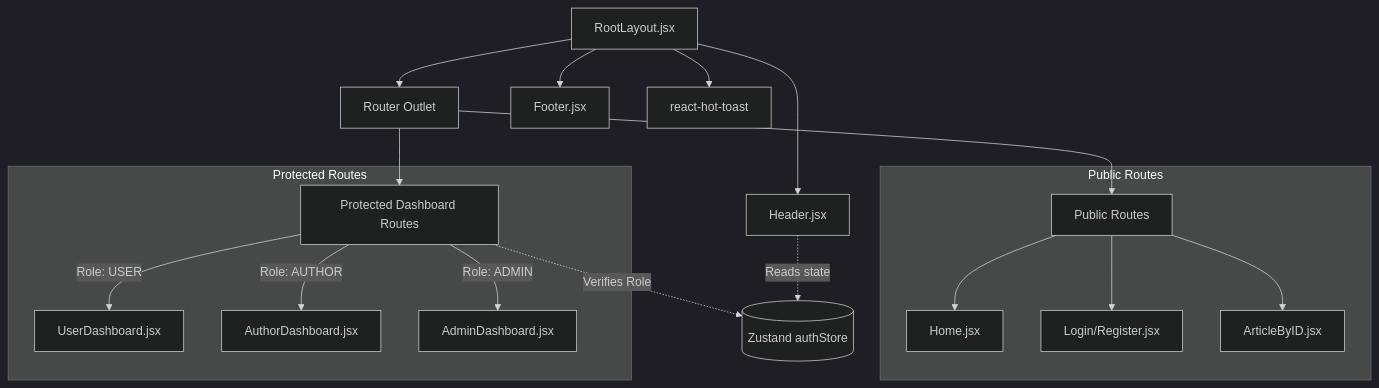
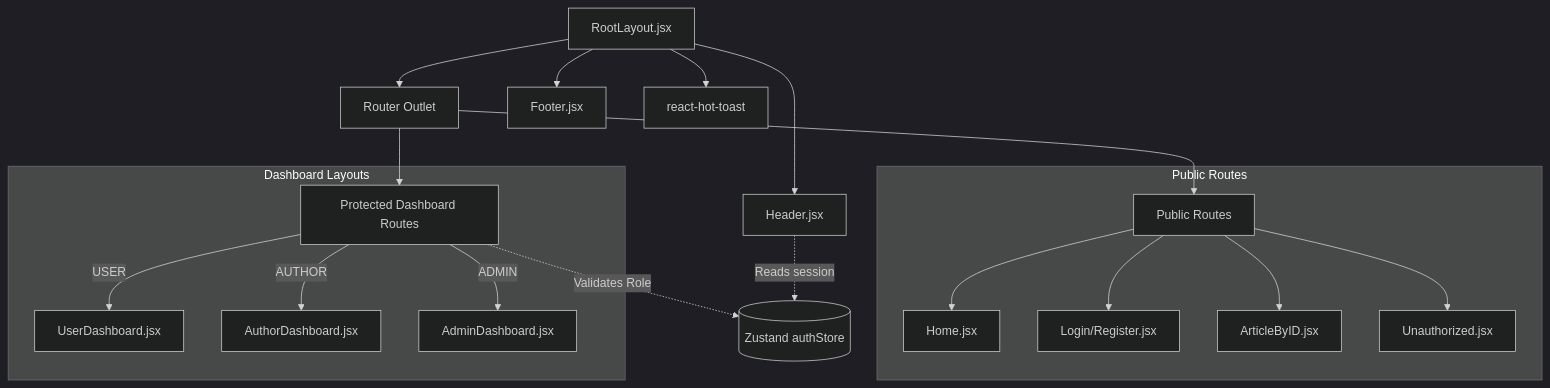
Before and after one commit to Akhila-1703/blog-app: the diagram in frontend/README.md, drawn with Mermaid (dark theme). The commit also changed other lines of this file and 2 other files, not shown here.

````diff
--- a/frontend/README.md
+++ b/frontend/README.md
@@ -22,25 +22,26 @@
 ```mermaid
 graph TD
     Root[RootLayout.jsx] --> Header[Header.jsx]
     Root --> Outlet[Router Outlet]
     Root --> Footer[Footer.jsx]
     Root --> Toaster[react-hot-toast]
 
     Outlet --> Public["Public Routes"]
     Outlet --> Protected["Protected Dashboard Routes"]
 
     subgraph PublicRoutes ["Public Routes"]
         Public --> Home[Home.jsx]
         Public --> Auth["Login/Register.jsx"]
         Public --> Article[ArticleByID.jsx]
+        Public --> Unauth[Unauthorized.jsx]
     end
 
-    subgraph ProtectedRoutes ["Protected Routes"]
-        Protected -->|"Role: USER"| UserDash[UserDashboard.jsx]
-        Protected -->|"Role: AUTHOR"| AuthorDash[AuthorDashboard.jsx]
-        Protected -->|"Role: ADMIN"| AdminDash[AdminDashboard.jsx]
+    subgraph ProtectedRoutes ["Dashboard Layouts"]
+        Protected -->|"USER"| UserDash[UserDashboard.jsx]
+        Protected -->|"AUTHOR"| AuthorDash[AuthorDashboard.jsx]
+        Protected -->|"ADMIN"| AdminDash[AdminDashboard.jsx]
     end
 
-    Header -.->|"Reads state"| Zustand[("Zustand authStore")]
-    Protected -.->|"Verifies Role"| Zustand
+    Header -.->|"Reads session"| Zustand[("Zustand authStore")]
+    Protected -.->|"Validates Role"| Zustand
 ```
````
